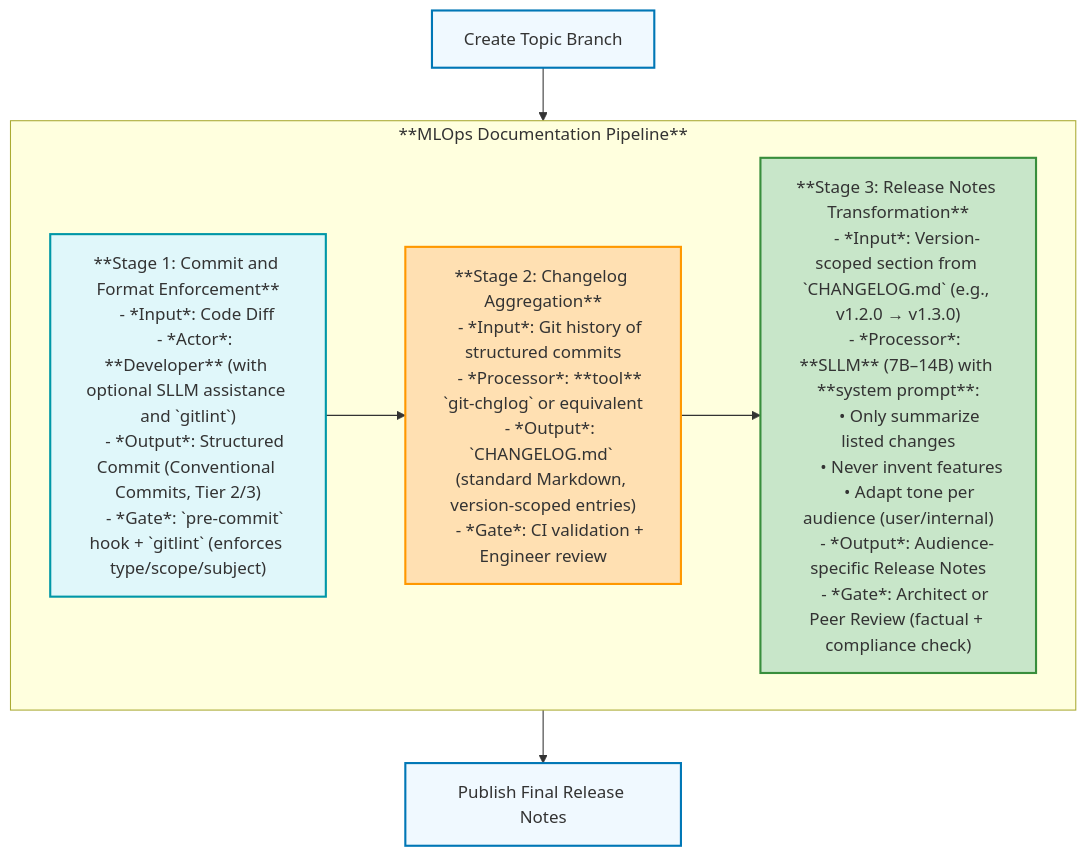
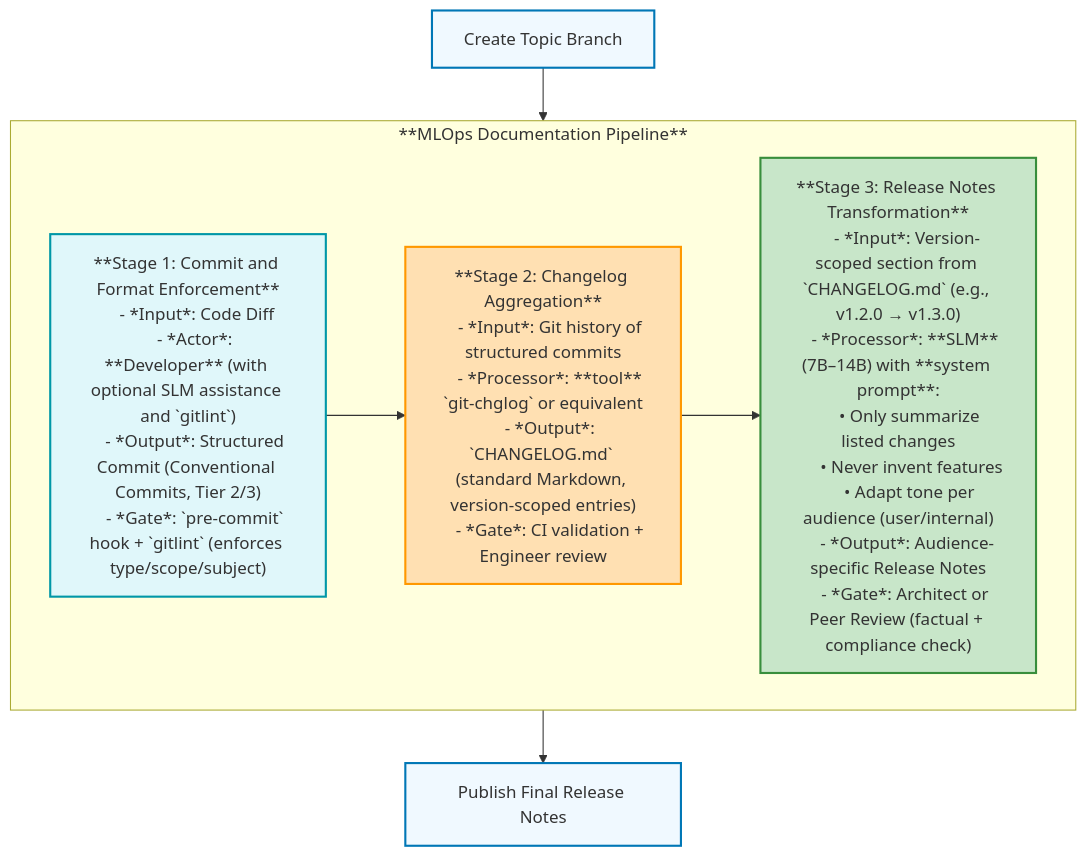
The diagram in mlops/git_workflows/sllm_backed_release_documentation_pipeline_architecture.md (lefthand67/ai_engineering_handbook), drawn with Mermaid before and after one commit. The commit also changed other lines of this file and 1 other file, not shown here.

First line of the commit message:
docs: Update terminology from SLLM to SLM

````diff
--- a/mlops/git_workflows/sllm_backed_release_documentation_pipeline_architecture.md
+++ b/mlops/git_workflows/sllm_backed_release_documentation_pipeline_architecture.md
@@ -38,46 +38,46 @@
 ```mermaid
 ---
 config:
   layout: dagre
   theme: default
 ---
 flowchart TB
  subgraph MLOps_Doc_Pipeline["**MLOps Documentation Pipeline**"]
     direction LR
     
     B["**Stage 1: Commit and Format Enforcement**
     - *Input*: Code Diff
-    - *Actor*: **Developer** (with optional SLLM assistance and `gitlint`)
+    - *Actor*: **Developer** (with optional SLM assistance and `gitlint`)
     - *Output*: Structured Commit (Conventional Commits, Tier 2/3)
     - *Gate*: `pre-commit` hook + `gitlint` (enforces type/scope/subject)"]
     
     D["**Stage 2: Changelog Aggregation**
     - *Input*: Git history of structured commits
     - *Processor*: **tool** `git-chglog` or equivalent
     - *Output*: `CHANGELOG.md` (standard Markdown, version-scoped entries)
     - *Gate*: CI validation + Engineer review"]
     
     E["**Stage 3: Release Notes Transformation**
     - *Input*: Version-scoped section from `CHANGELOG.md` (e.g., v1.2.0 → v1.3.0)
-    - *Processor*: **SLLM** (7B–14B) with **system prompt**:
+    - *Processor*: **SLM** (7B–14B) with **system prompt**:
       • Only summarize listed changes
       • Never invent features
       • Adapt tone per audience (user/internal)
     - *Output*: Audience-specific Release Notes
     - *Gate*: Architect or Peer Review (factual + compliance check)"]
   end
     A["Create Topic Branch"] --> MLOps_Doc_Pipeline
     B --> D
     D --> E
     MLOps_Doc_Pipeline --> F["Publish Final Release Notes"]
 
      A:::ioStage
      B:::devStage
      D:::toolStage
      E:::sllmStage
      F:::ioStage
     classDef devStage fill:#e0f7fa,stroke:#0097a7,stroke-width:2px
     classDef toolStage fill:#ffe0b2,stroke:#ff9800,stroke-width:2px
     classDef sllmStage fill:#c8e6c9,stroke:#388e3c,stroke-width:2px
     classDef ioStage fill:#f0f9ff,stroke:#0077b6,stroke-width:2px
 ```
````
